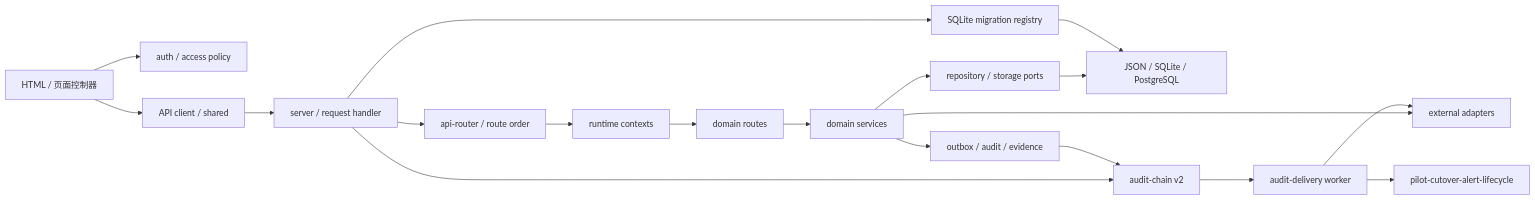
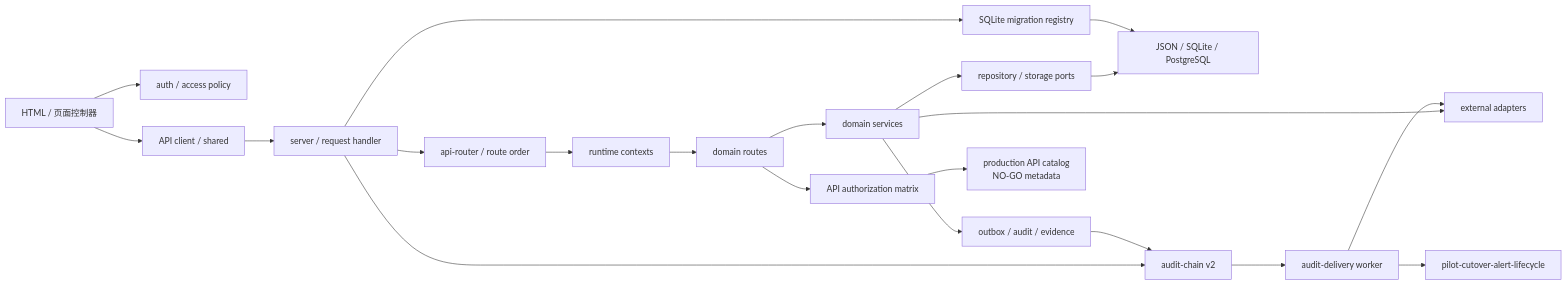
The diagram in DEPENDENCY_MAP.md (xujiann/chronic-care-platform), drawn with Mermaid before and after one commit. The commit also changed other lines of this file and 19 other files, not shown here.

Commit message:
feat(governance): add production API catalog (#150)

````diff
--- a/DEPENDENCY_MAP.md
+++ b/DEPENDENCY_MAP.md
@@ -7,21 +7,23 @@
 ```mermaid
 flowchart LR
   UI["HTML / 页面控制器"] --> AUTH["auth / access policy"]
   UI --> CLIENT["API client / shared"]
   CLIENT --> HTTP["server / request handler"]
   HTTP --> ROUTER["api-router / route order"]
   ROUTER --> CTX["runtime contexts"]
   CTX --> ROUTES["domain routes"]
   ROUTES --> DOMAIN["domain services"]
   DOMAIN --> REPO["repository / storage ports"]
   REPO --> STORE["JSON / SQLite / PostgreSQL"]
   HTTP --> MIG["SQLite migration registry"]
   MIG --> STORE
   DOMAIN --> EXT["external adapters"]
   DOMAIN --> EVT["outbox / audit / evidence"]
   HTTP --> AUDIT["audit-chain v2"]
   EVT --> AUDIT
   AUDIT --> ADEL["audit-delivery worker"]
   ADEL --> ALERT["pilot-cutover-alert-lifecycle"]
   ADEL --> EXT
+  ROUTES --> AM["API authorization matrix"]
+  AM --> AC["production API catalog\nNO-GO metadata"]
 ```
````
